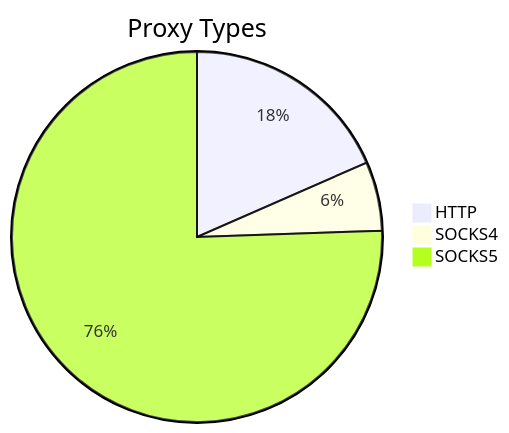
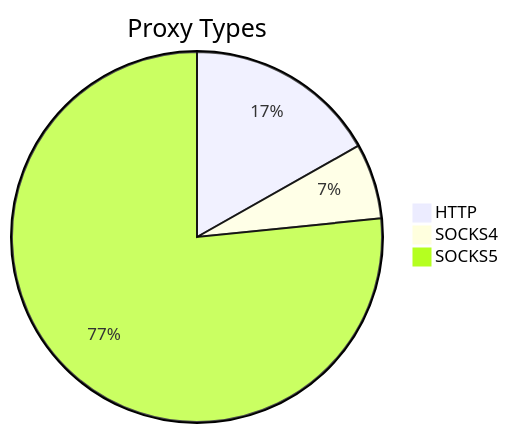
Before and after one commit to stormsia/proxy-list: the first of 2 diagrams in README.md, drawn with Mermaid. The commit also changed other lines of this file, not shown here.

````diff
--- a/README.md
+++ b/README.md
@@ -21,6 +21,6 @@
 ```mermaid
 pie title Proxy Types
-    "HTTP" : 110
-    "SOCKS4" : 36
-    "SOCKS5" : 451
+    "HTTP" : 115
+    "SOCKS4" : 45
+    "SOCKS5" : 524
 ```
````
